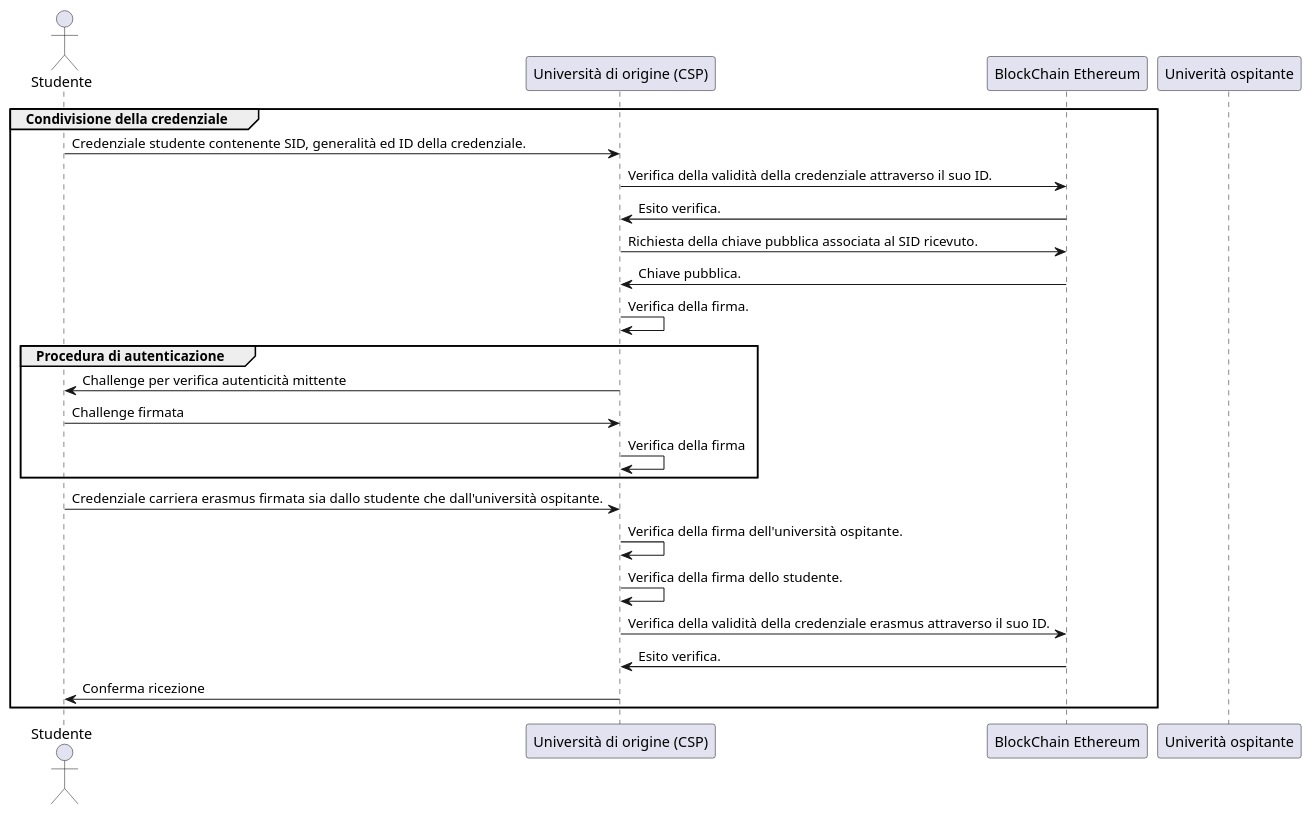
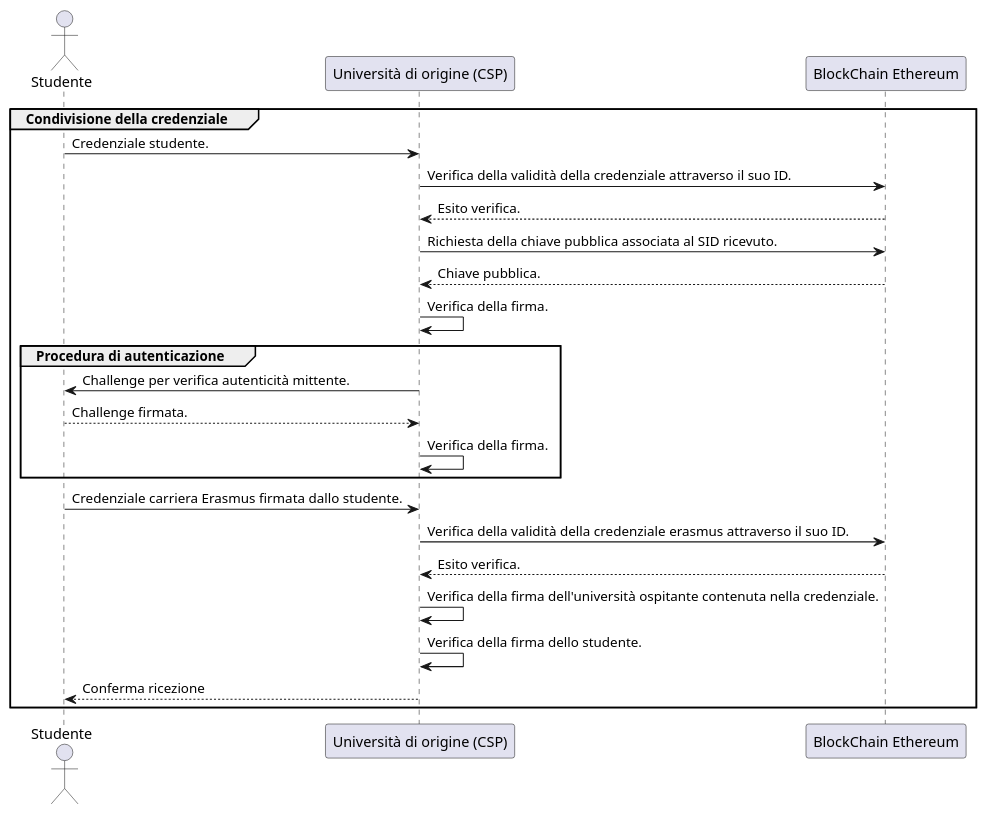
Before and after one commit to antocarbone/ProjectWorkAPS: the diagram in UML/CondivisioneDellaCredenzialeErasmus.puml, drawn with PlantUML. The commit also changed 18 other files, not shown here.

```diff
--- a/UML/CondivisioneDellaCredenzialeErasmus.puml
+++ b/UML/CondivisioneDellaCredenzialeErasmus.puml
@@ -1,31 +1,29 @@
 @startuml Condivisione Credenziale Erasmus
     actor Studente as s
     participant "Università di origine (CSP)" as uorigin
     participant "BlockChain Ethereum" as ether
-    participant "Univerità ospitante" as uosp
 
     group Condivisione della credenziale
-        s -> uorigin : Credenziale studente contenente SID, generalità ed ID della credenziale.
+        s -> uorigin : Credenziale studente.
         uorigin -> ether : Verifica della validità della credenziale attraverso il suo ID.
-        ether -> uorigin : Esito verifica.
+        ether --> uorigin : Esito verifica.
 
         uorigin -> ether : Richiesta della chiave pubblica associata al SID ricevuto.
-        ether -> uorigin : Chiave pubblica.
+        ether --> uorigin : Chiave pubblica.
         uorigin -> uorigin : Verifica della firma.
 
         group Procedura di autenticazione
-            uorigin -> s : Challenge per verifica autenticità mittente
-            s -> uorigin : Challenge firmata
-            uorigin -> uorigin : Verifica della firma
+            uorigin -> s : Challenge per verifica autenticità mittente.
+            s --> uorigin : Challenge firmata.
+            uorigin -> uorigin : Verifica della firma.
         end
 
-        s -> uorigin : Credenziale carriera erasmus firmata sia dallo studente che dall'università ospitante.
-        uorigin -> uorigin : Verifica della firma dell'università ospitante.
+        s -> uorigin : Credenziale carriera Erasmus firmata dallo studente.
+        uorigin -> ether : Verifica della validità della credenziale erasmus attraverso il suo ID.
+        ether --> uorigin : Esito verifica.
+        uorigin -> uorigin : Verifica della firma dell'università ospitante contenuta nella credenziale.
         uorigin -> uorigin : Verifica della firma dello studente.
-        
-        uorigin -> ether : Verifica della validità della credenziale erasmus attraverso il suo ID.
-        ether -> uorigin : Esito verifica.
 
-        uorigin -> s : Conferma ricezione
+        uorigin --> s : Conferma ricezione
     end
 @enduml
```
